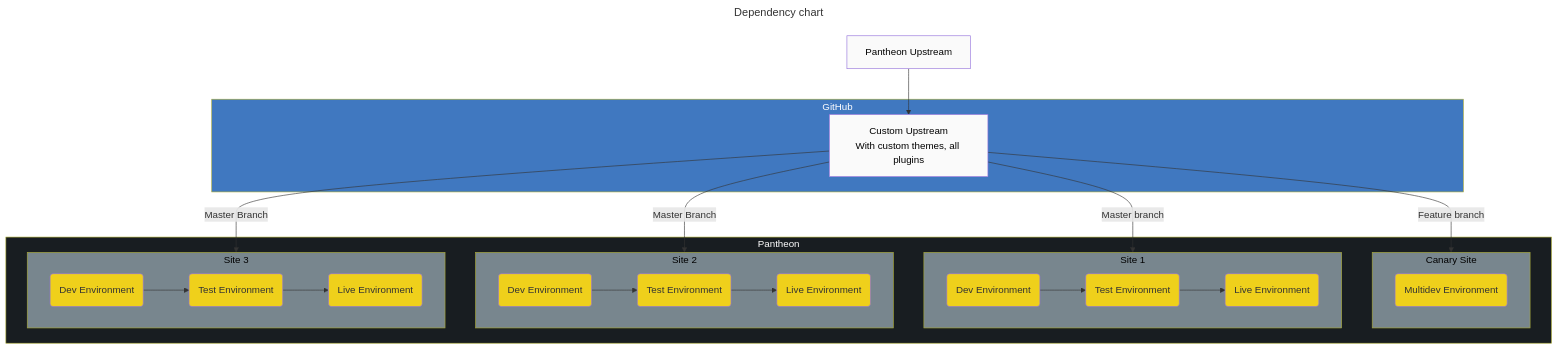
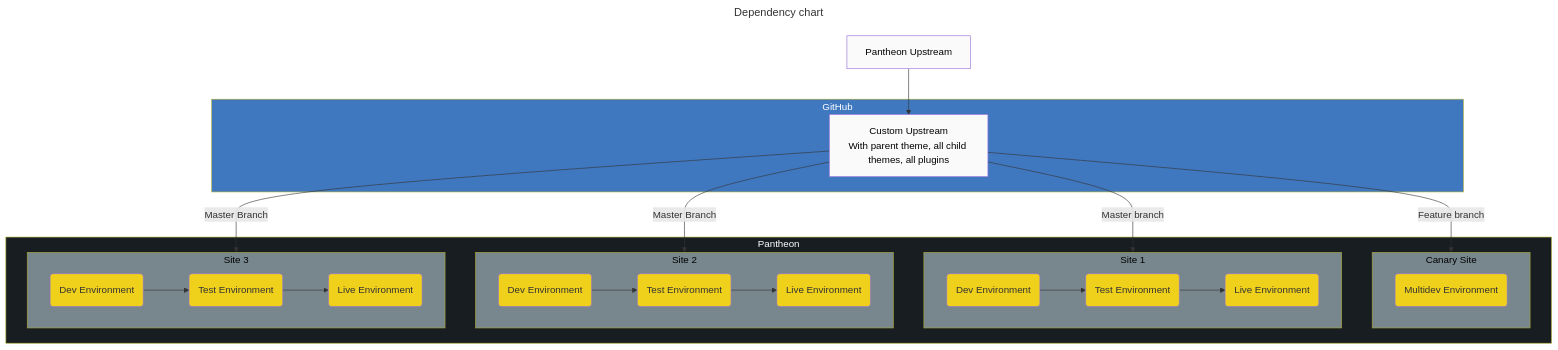
Before and after one commit to pantheon-systems/webops-architecture: the fifth of 8 diagrams in WordPress/Custom-Upstream.md, drawn with Mermaid. The commit also changed other lines of this file, not shown here.

Commit message:
Clarify custom upstream diagrams

````diff
--- a/WordPress/Custom-Upstream.md
+++ b/WordPress/Custom-Upstream.md
@@ -181,68 +272,68 @@
 ```mermaid
 ---
 title: Dependency chart
 ---
 graph
     UpstreamPantheon["Pantheon Upstream"]:::repo
 
     subgraph github [GitHub]
-        UpstreamCustom["Custom Upstream\nWith custom themes, all plugins"]:::repo
+        UpstreamCustom["Custom Upstream\nWith parent theme, all child themes, all plugins"]:::repo
     end
 
     subgraph pantheon [Pantheon]
         subgraph site0 [Canary Site]
             direction LR
             EnvDev0(Multidev Environment):::env
         end
 
         subgraph site1 [Site 1]
             direction LR
             EnvDev1(Dev Environment):::env
             EnvTest1(Test Environment):::env
             EnvLive1(Live Environment):::env
         end
 
         subgraph site2 [Site 2]
             direction LR
             EnvDev2(Dev Environment):::env
             EnvTest2(Test Environment):::env
             EnvLive2(Live Environment):::env
         end
 
         subgraph site3 [Site 3]
             direction LR
             EnvDev3(Dev Environment):::env
             EnvTest3(Test Environment):::env
             EnvLive3(Live Environment):::env
         end
     end
 
     %% Links
     
     UpstreamPantheon --> UpstreamCustom
 
     UpstreamCustom -- Feature branch --> EnvDev0
     UpstreamCustom -- Master branch --> EnvDev1
     UpstreamCustom -- Master Branch --> EnvDev2
     UpstreamCustom -- Master Branch --> EnvDev3
 
     EnvDev1 --> EnvTest1
     EnvTest1 --> EnvLive1
 
     EnvDev2 --> EnvTest2
     EnvTest2 --> EnvLive2
 
     EnvDev3 --> EnvTest3
     EnvTest3 --> EnvLive3
 
     %% Styles
     style github fill:#4078c0,color:#FFF
     style pantheon fill:#181D21,color:#FFF
     style site0 fill:#78868E,color:#000
     style site1 fill:#78868E,color:#000
     style site2 fill:#78868E,color:#000
     style site3 fill:#78868E,color:#000
     classDef env fill:#EFD01B
     classDef repo fill:#fafafa,color:#000
 
 ```
````
